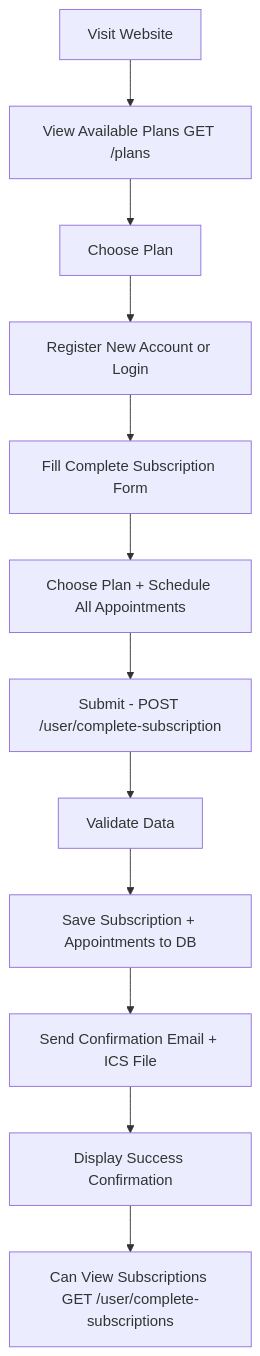
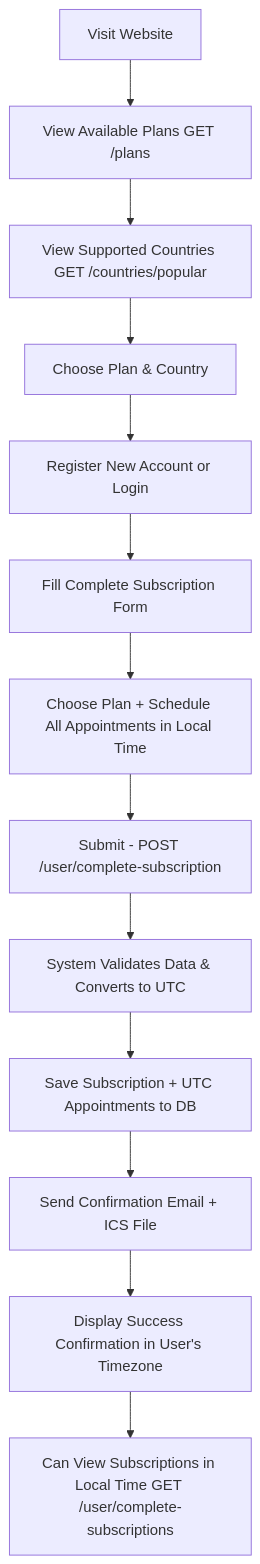
One commit to abdallateef-sa/Appointment-Booking changed the first of 2 diagrams in README.md. Above: the diagram before and after it, drawn with Mermaid. The commit also changed other lines of this file and 16 other files, not shown here.

First line of the commit message:
feat: Implement country and timezone management

````diff
--- a/README.md
+++ b/README.md
@@ -392,14 +512,15 @@
 ```mermaid
 graph TD
     A[Visit Website] --> B[View Available Plans GET /plans]
-    B --> C[Choose Plan]
+    B --> B1[View Supported Countries GET /countries/popular]
+    B1 --> C[Choose Plan & Country]
     C --> D[Register New Account or Login]
     D --> E[Fill Complete Subscription Form]
-    E --> F[Choose Plan + Schedule All Appointments]
+    E --> F[Choose Plan + Schedule All Appointments in Local Time]
     F --> G[Submit - POST /user/complete-subscription]
-    G --> H[Validate Data]
-    H --> I[Save Subscription + Appointments to DB]
+    G --> H[System Validates Data & Converts to UTC]
+    H --> I[Save Subscription + UTC Appointments to DB]
     I --> J[Send Confirmation Email + ICS File]
-    J --> K[Display Success Confirmation]
-    K --> L[Can View Subscriptions GET /user/complete-subscriptions]
+    J --> K[Display Success Confirmation in User's Timezone]
+    K --> L[Can View Subscriptions in Local Time GET /user/complete-subscriptions]
 ```
````
